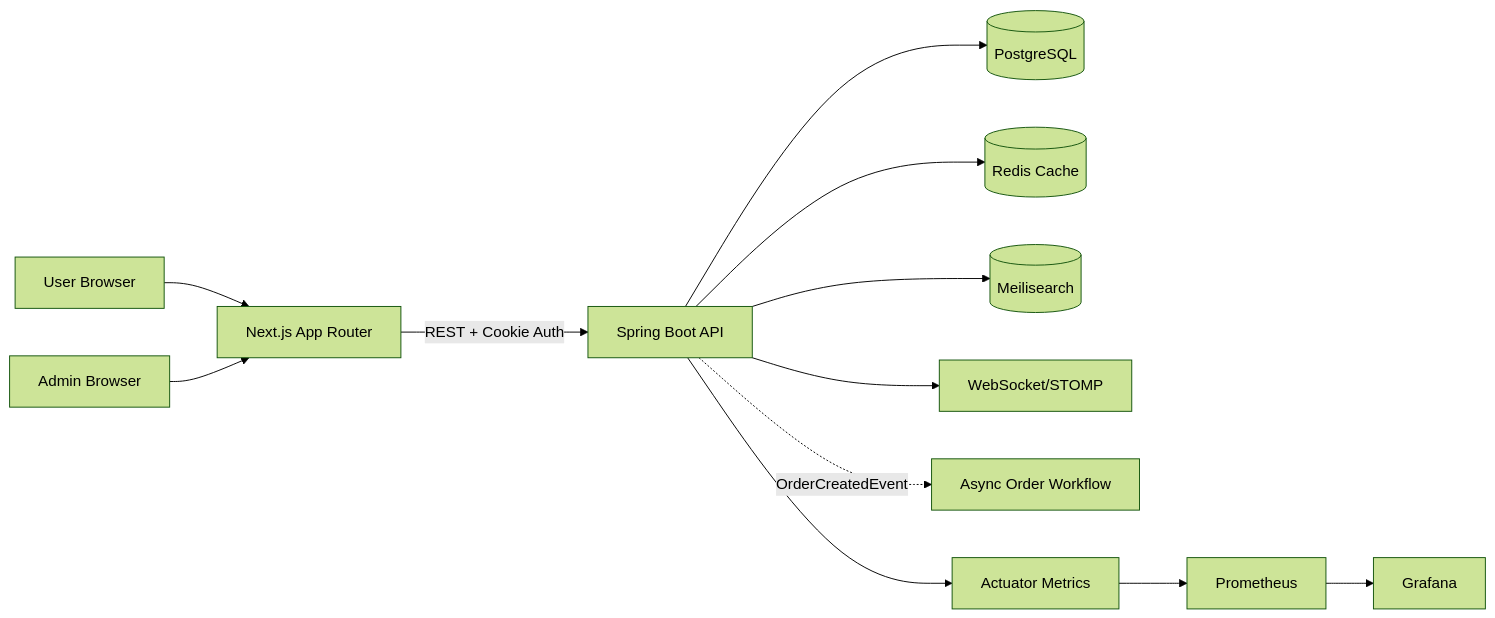
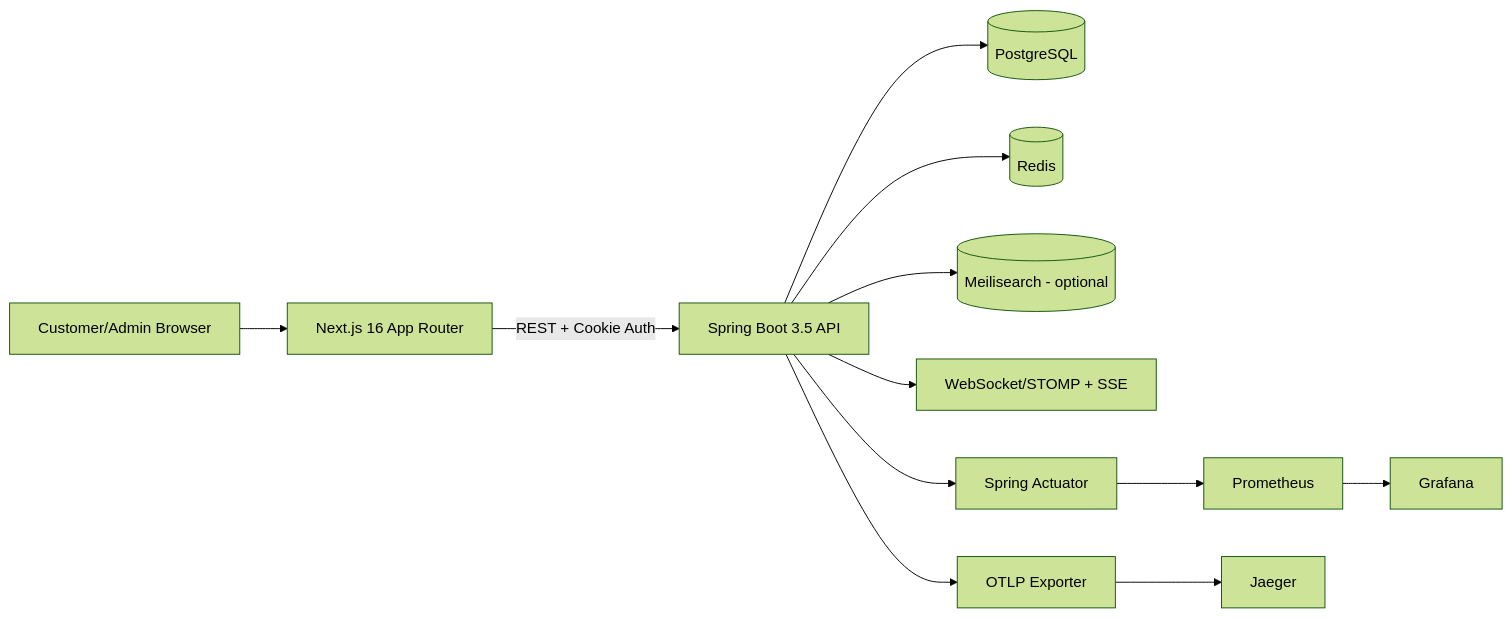
The diagram in smartphone-shop/README.md (ngtrphuc/thymeleaf-product-showcase-v5), drawn with Mermaid (forest theme) before and after one commit. The commit also changed other lines of this file and 8 other files, not shown here.

````diff
--- a/smartphone-shop/README.md
+++ b/smartphone-shop/README.md
@@ -200,14 +64,17 @@
 ```mermaid
 flowchart LR
-    U[User Browser] --> N[Next.js App Router]
-    N -->|REST + Cookie Auth| B[Spring Boot API]
-    B --> P[(PostgreSQL)]
-    B --> R[(Redis Cache)]
-    B --> S[(Meilisearch)]
-    B --> W[WebSocket/STOMP]
-    B -. OrderCreatedEvent .-> O[Async Order Workflow]
-    A[Admin Browser] --> N
-    B --> M[Actuator Metrics]
-    M --> PR[Prometheus]
-    PR --> G[Grafana]
+    Browser[Customer/Admin Browser] --> Next[Next.js 16 App Router]
+    Next -->|REST + Cookie Auth| Api[Spring Boot 3.5 API]
+
+    Api --> Pg[(PostgreSQL)]
+    Api --> Redis[(Redis)]
+    Api --> Meili[(Meilisearch - optional)]
+
+    Api --> Ws[WebSocket/STOMP + SSE]
+    Api --> Actuator[Spring Actuator]
+
+    Actuator --> Prom[Prometheus]
+    Prom --> Grafana[Grafana]
+    Api --> OTel[OTLP Exporter]
+    OTel --> Jaeger[Jaeger]
 ```
````
